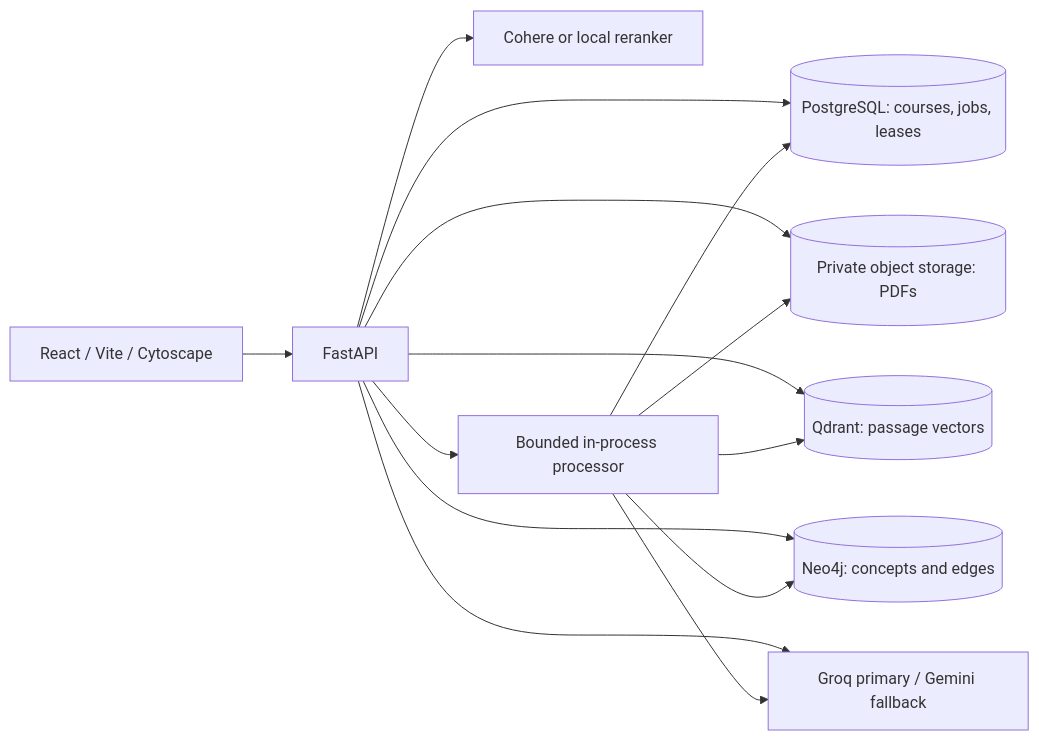
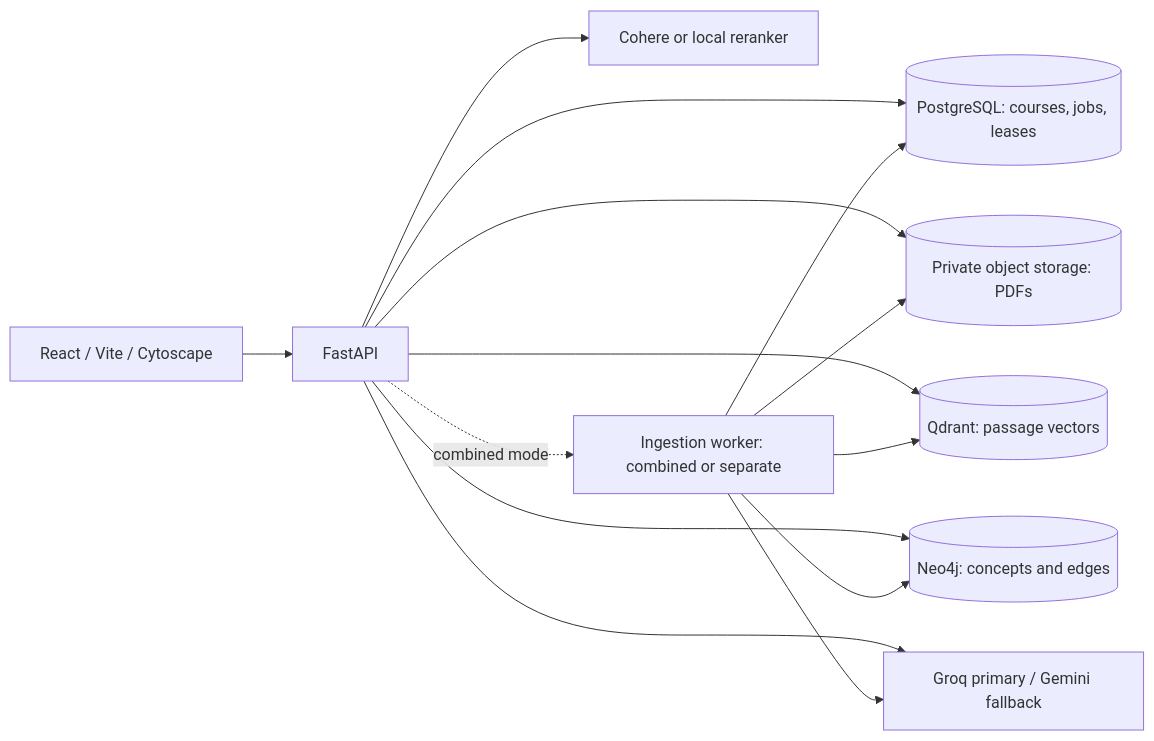
One commit to Ninjax26/conceptgraph-portfolio changed the diagram in README.md. Above: the diagram before and after it, drawn with Mermaid. The commit also changed other lines of this file and 81 other files, not shown here.

Commit message:
feat: harden graph pipeline, OCR, retrieval and resource-bounded demo scaling

```diff
--- a/README.md
+++ b/README.md
@@ -29,16 +47,16 @@
 ~~~mermaid
 flowchart LR
   Browser[React / Vite / Cytoscape] --> API[FastAPI]
   API --> PG[(PostgreSQL: courses, jobs, leases)]
   API --> Store[(Private object storage: PDFs)]
   API --> V[(Qdrant: passage vectors)]
   API --> G[(Neo4j: concepts and edges)]
   API --> Rank[Cohere or local reranker]
   API --> AI[Groq primary / Gemini fallback]
-  API --> Worker[Bounded in-process processor]
+  API -. combined mode .-> Worker[Ingestion worker: combined or separate]
   Worker --> PG
   Worker --> Store
   Worker --> V
   Worker --> G
   Worker --> AI
 ~~~
```
